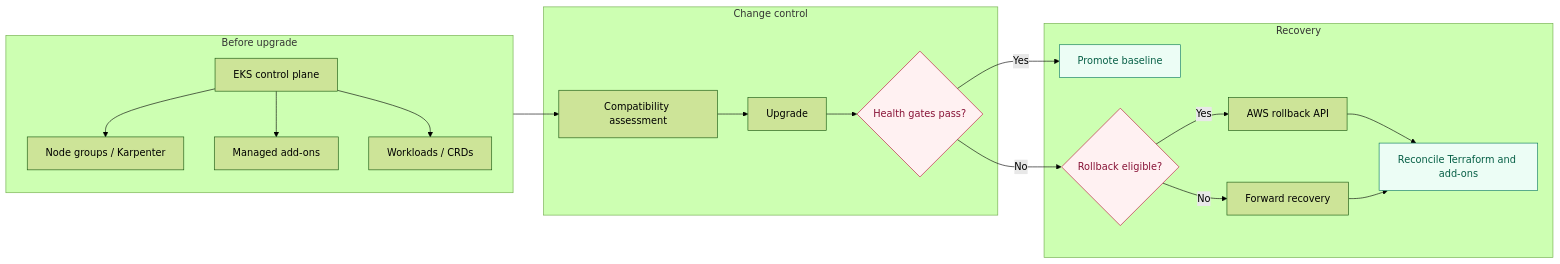
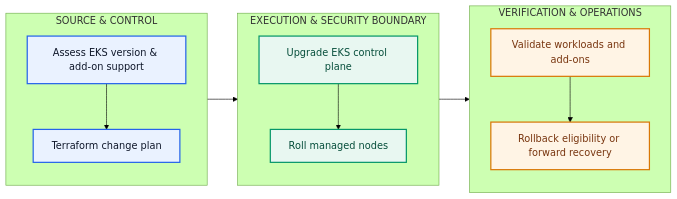
One commit to platform-engineering-labz/platform-engineering changed the diagram in engineering-reference/guides/aws/eks-upgrade-rollback/diagram.mmd. Above: the diagram before and after it, drawn with Mermaid (forest theme). The commit also changed 3 other files, not shown here.

Commit message:
docs: redesign four core architecture diagrams with labeled boundaries

```diff
--- a/engineering-reference/guides/aws/eks-upgrade-rollback/diagram.mmd
+++ b/engineering-reference/guides/aws/eks-upgrade-rollback/diagram.mmd
@@ -1,23 +1,21 @@
 flowchart LR
-  subgraph PRE["Before upgrade"]
-    A["EKS control plane"] --> B["Node groups / Karpenter"]
-    A --> C["Managed add-ons"]
-    A --> D["Workloads / CRDs"]
+  subgraph S0["SOURCE & CONTROL"]
+    direction TB
+    N0["Assess EKS version & add-on support"] --> N1["Terraform change plan"]
   end
-  subgraph CHANGE["Change control"]
-    E["Compatibility assessment"] --> F["Upgrade"]
-    F --> G{"Health gates pass?"}
+  subgraph S1["EXECUTION & SECURITY BOUNDARY"]
+    direction TB
+    N2["Upgrade EKS control plane"] --> N3["Roll managed nodes"]
   end
-  subgraph RECOVER["Recovery"]
-    G -->|Yes| H["Promote baseline"]
-    G -->|No| I{"Rollback eligible?"}
-    I -->|Yes| J["AWS rollback API"]
-    I -->|No| K["Forward recovery"]
-    J --> L["Reconcile Terraform and add-ons"]
-    K --> L
+  N1 --> N2
+  subgraph S2["VERIFICATION & OPERATIONS"]
+    direction TB
+    N4["Validate workloads and add-ons"] --> N5["Rollback eligibility or forward recovery"]
   end
-  PRE --> E
-  classDef risk fill:#fff1f2,stroke:#be123c,color:#881337
-  classDef good fill:#ecfdf5,stroke:#047857,color:#065f46
-  class G,I risk
-  class H,L good
+  N3 --> N4
+  classDef blue fill:#EAF2FF,stroke:#2563EB,stroke-width:2px,color:#0F172A
+  classDef green fill:#E8F7F1,stroke:#059669,stroke-width:2px,color:#064E3B
+  classDef amber fill:#FFF4E5,stroke:#D97706,stroke-width:2px,color:#78350F
+  class N0,N1 blue
+  class N2,N3 green
+  class N4,N5 amber
```
